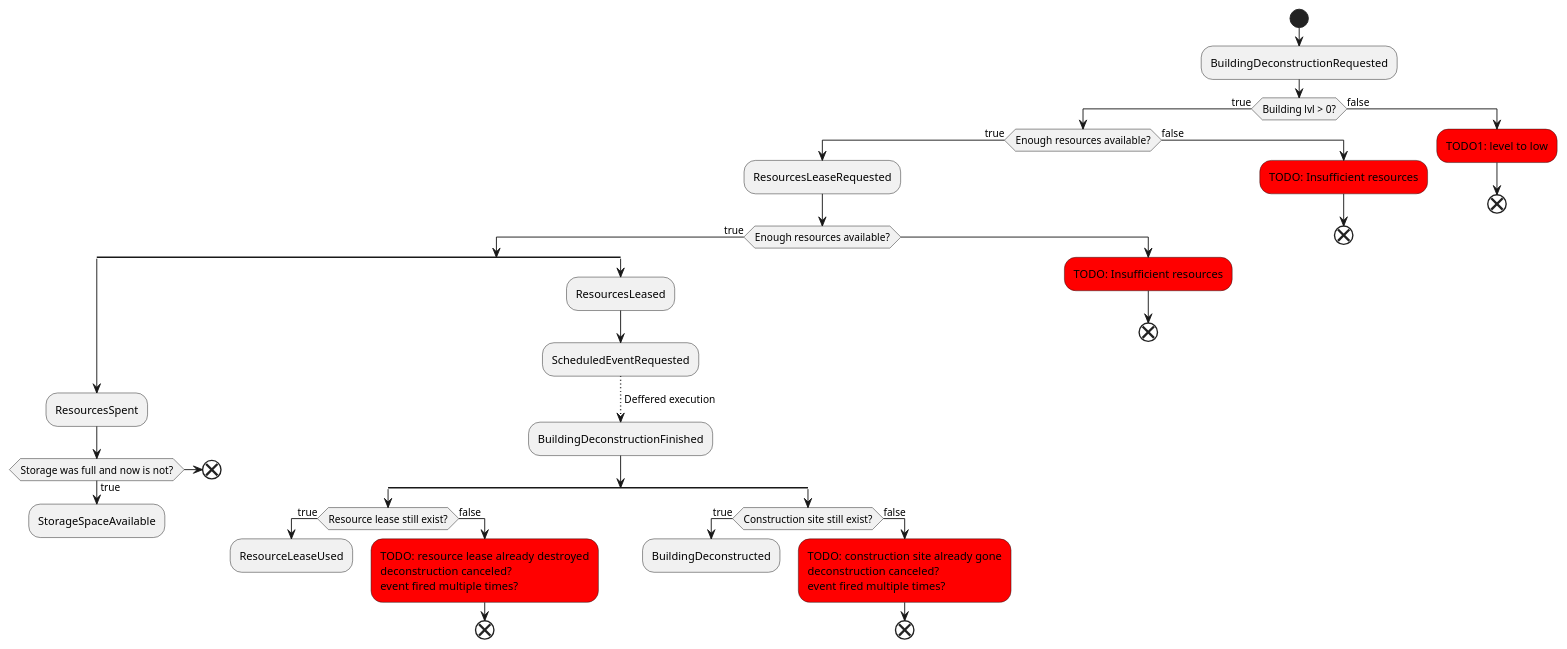
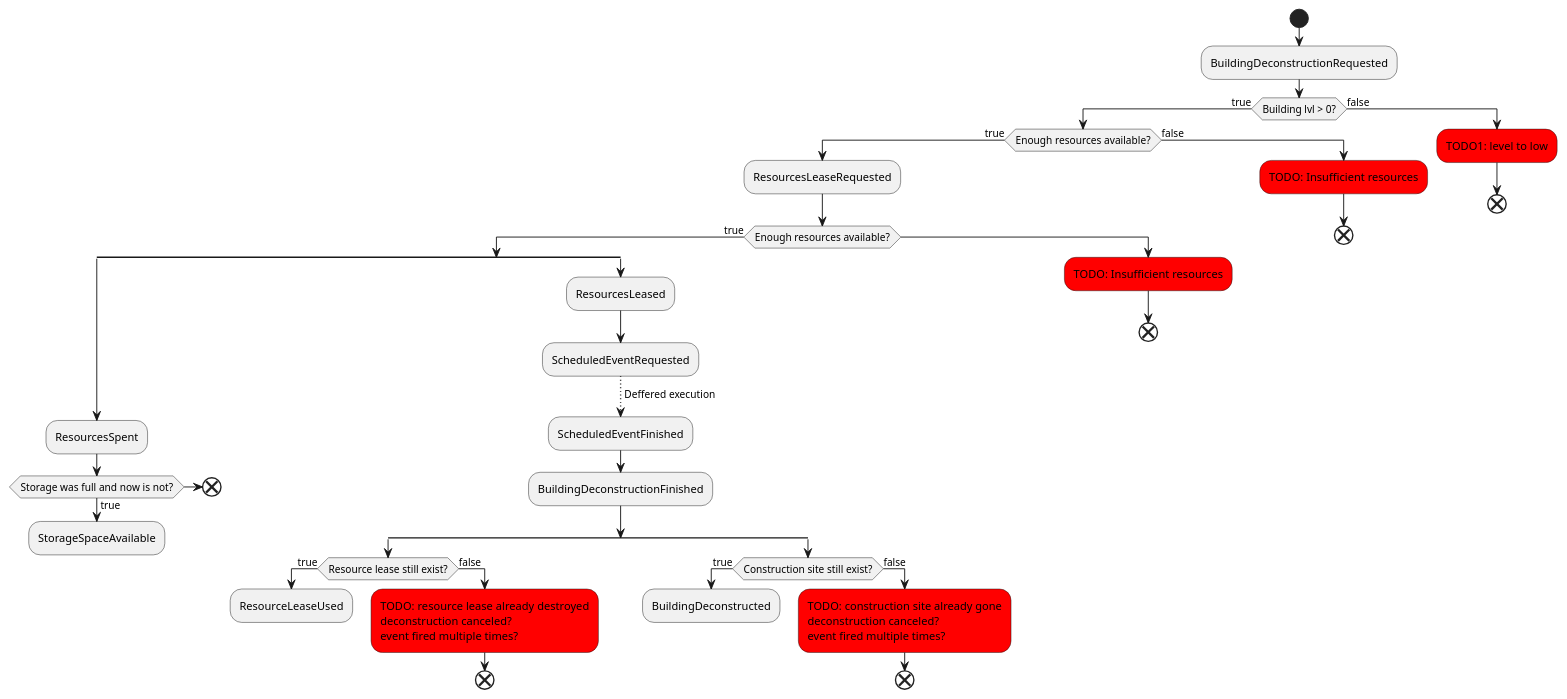
One commit to tomekbielaszewski/ogame-clone changed the diagram in docs/building-deconstruction-flow.puml. Above: the diagram before and after it, drawn with PlantUML. The commit also changed 1 other file, not shown here.

Commit message:
scheduler will raise it's own ScheduledEventFinished event to notify all interested modules and the flow is correlated with a token

```diff
--- a/docs/building-deconstruction-flow.puml
+++ b/docs/building-deconstruction-flow.puml
@@ -1,58 +1,59 @@
 @startuml
 
 start
 
 :BuildingDeconstructionRequested;
 if (Building lvl > 0?) then (true)
     if (Enough resources available?) then (true)
         :ResourcesLeaseRequested;
         if (Enough resources available?) then (true)
         split
             :ResourcesSpent;
             if(Storage was full and now is not?) then (true)
                 :StorageSpaceAvailable;
                 detach
             else
                 end
             endif
         split again
             :ResourcesLeased;
             :ScheduledEventRequested;
             -[dotted]-> Deffered execution;
+            :ScheduledEventFinished;
             :BuildingDeconstructionFinished;
             split
                 if (Resource lease still exist?) then (true)
                     :ResourceLeaseUsed;
                     detach
                 else (false)
                     #red:TODO: resource lease already destroyed
                     deconstruction canceled?
                     event fired multiple times?;
                     end
                 endif
             split again
                 if (Construction site still exist?) then (true)
                     :BuildingDeconstructed;
                     detach
                 else (false)
                     #red:TODO: construction site already gone
                     deconstruction canceled?
                     event fired multiple times?;
                     end
                 endif
             end split
         end split
         else
             #red:TODO: Insufficient resources;
             end
         endif
     else (false)
         #red:TODO: Insufficient resources;
         end
     endif
 else (false)
     #red:TODO1: level to low;
     end
 endif
 
 @enduml
```
